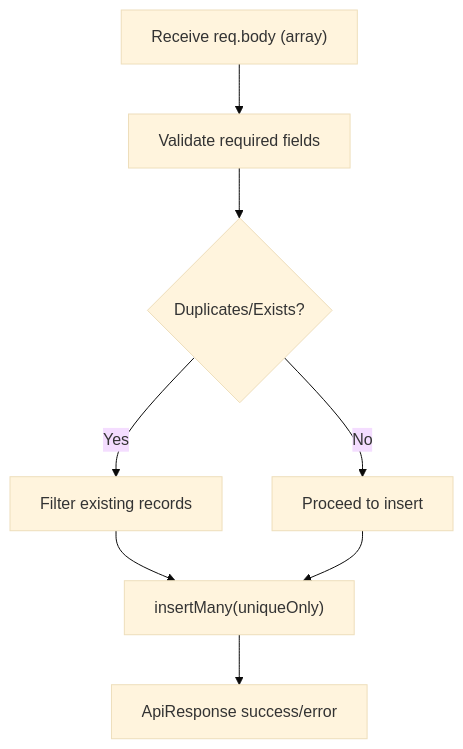
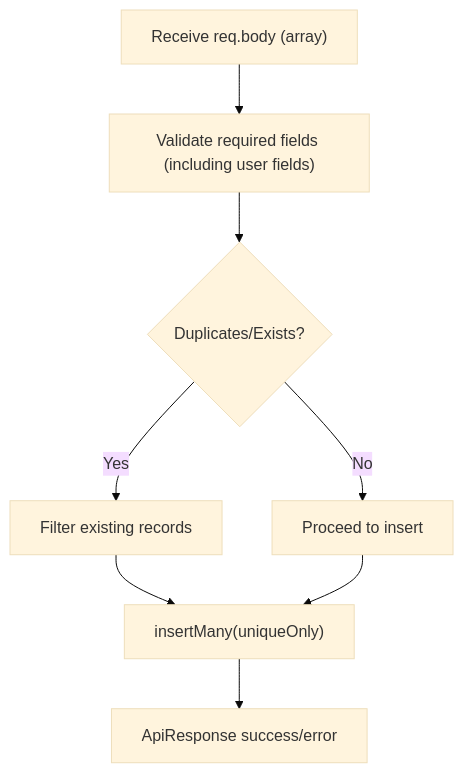
One commit to Aryan9060/Timetable-Project changed the eighth of 10 diagrams in .qoder/repowiki/en/content/Master Data Management/Master Data Management.md. Above: the diagram before and after it, drawn with Mermaid (base theme). The commit also changed other lines of this file and 8 other files, not shown here.

````diff
--- a/.qoder/repowiki/en/content/Master Data Management/Master Data Management.md
+++ b/.qoder/repowiki/en/content/Master Data Management/Master Data Management.md
@@ -284,10 +304,10 @@
 ```mermaid
 flowchart TD
-Receive["Receive req.body (array)"] --> Validate["Validate required fields"]
+Receive["Receive req.body (array)"] --> Validate["Validate required fields (including user fields)"]
 Validate --> Exists{"Duplicates/Exists?"}
 Exists --> |Yes| Filter["Filter existing records"]
 Exists --> |No| Proceed["Proceed to insert"]
 Filter --> Insert["insertMany(uniqueOnly)"]
 Proceed --> Insert
 Insert --> Respond["ApiResponse success/error"]
 ```
````
